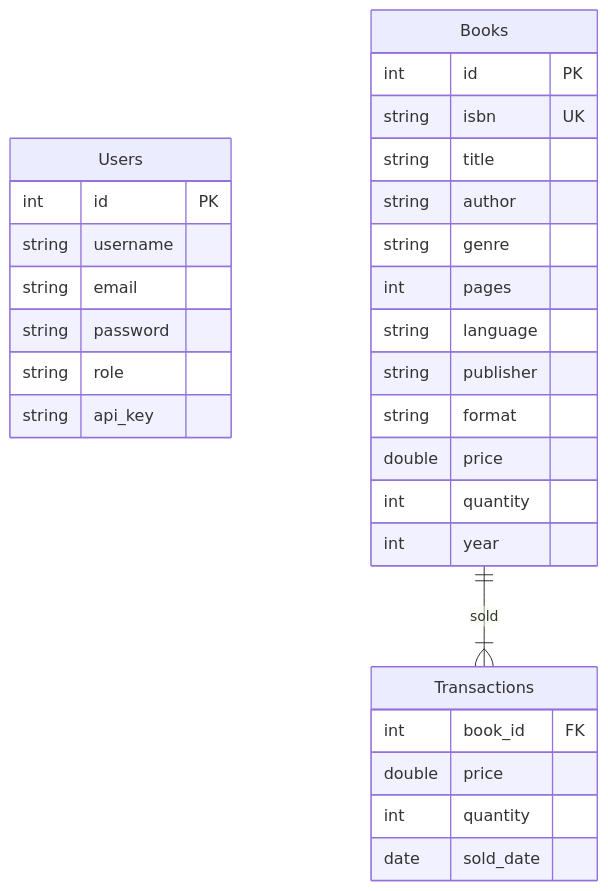
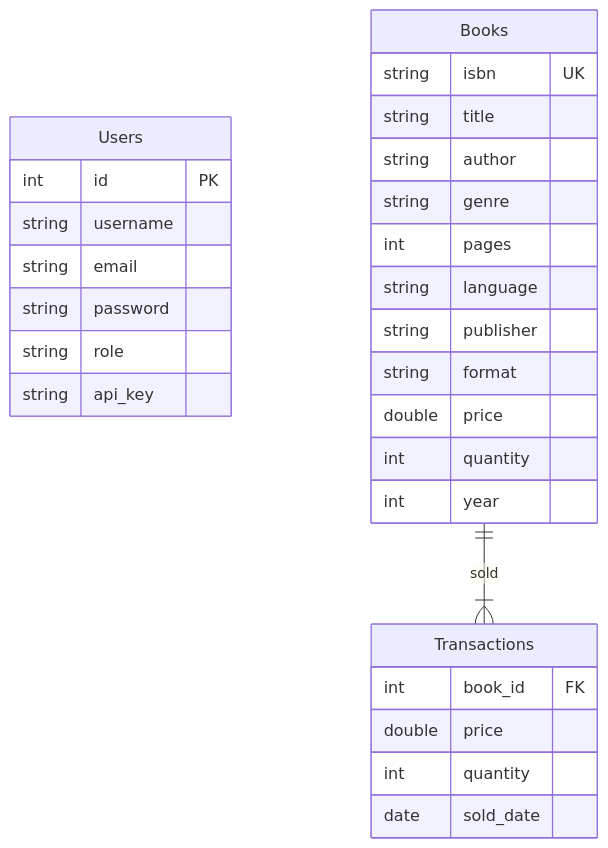
The diagram in public/database design.md (Aso-Ali-Awrahman/PHP-Book-Store-API), drawn with Mermaid before and after one commit. The commit also changed 1 other file, not shown here.

Commit message:
search by isbn, update book endpoints

````diff
--- a/public/database design.md
+++ b/public/database design.md
@@ -1,36 +1,35 @@
 ```mermaid
 erDiagram
 	
 	Users {
 		int id PK
 		string username
 		string email
 		string password
 		string role
 		string api_key
 	}
 	
 	Books { 
-	int id PK
 	string isbn UK
 	string title 
 	string author  
 	string genre 
 	int pages 
 	string language 
 	string publisher 
 	string format
 	double price
 	int quantity
 	int year
 }
 
 Transactions {
 	int book_id FK
 	double price
 	int quantity
 	date sold_date
 }
  
 Books ||--|{ Transactions: sold
 ```
````
